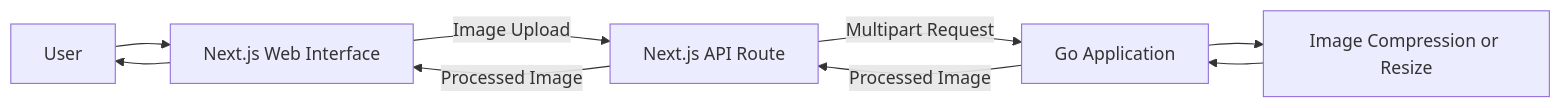
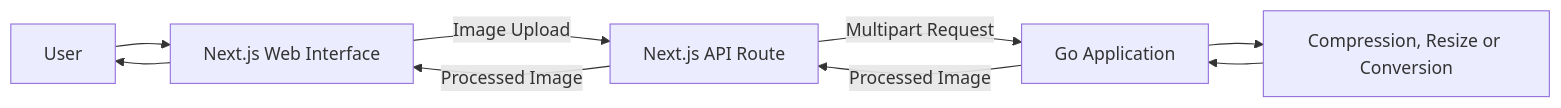
Before and after one commit to juniocr26/go-image-optimizer: the diagram in README.md, drawn with Mermaid. The commit also changed other lines of this file and 15 other files, not shown here.

````diff
--- a/README.md
+++ b/README.md
@@ -61,11 +62,11 @@
 ```mermaid
 flowchart LR
     U[User] --> F[Next.js Web Interface]
     F -->|Image Upload| N[Next.js API Route]
     N -->|Multipart Request| API[Go Application]
-    API --> C[Image Compression or Resize]
+    API --> C[Compression, Resize or Conversion]
     C --> API
     API -->|Processed Image| N
     N -->|Processed Image| F
     F --> U
 ```
````
